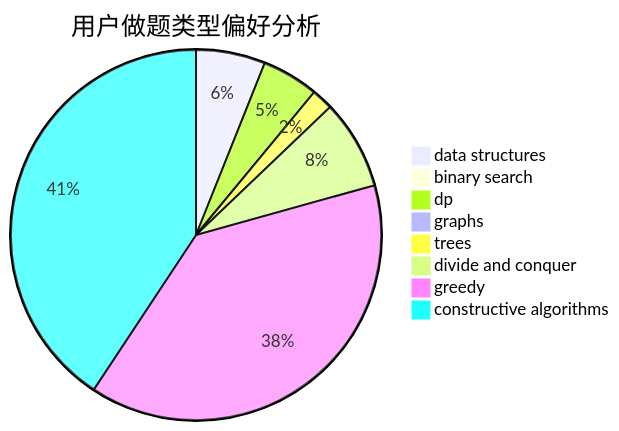
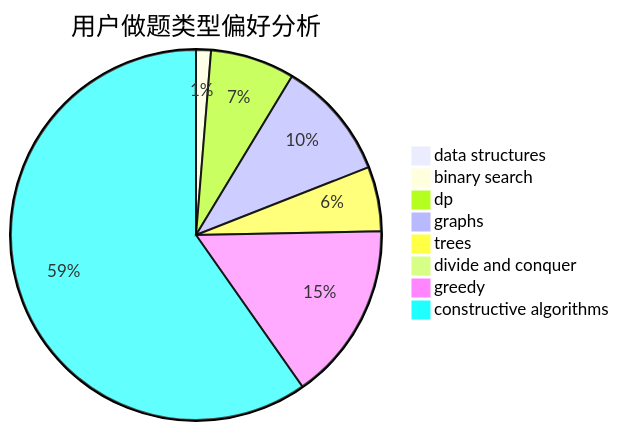
The second of 3 diagrams in docs/user/u751.md (sherpahu/cfrs.github.io), drawn with Mermaid before and after one commit. The commit also changed other lines of this file and 2770 other files, not shown here.

````diff
--- a/docs/user/u751.md
+++ b/docs/user/u751.md
@@ -23,11 +23,11 @@
 ```mermaid
 pie title 用户做题类型偏好分析
-    "data structures" :  55
-    "binary search" :  0
-    "dp" :  45
-    "graphs" :  3
-    "trees" :  17
-    "divide and conquer" :  71
-    "greedy" :  351
-    "constructive algorithms" :  370
+    "data structures" :  1
+    "binary search" :  3
+    "dp" :  17
+    "graphs" :  24
+    "trees" :  13
+    "divide and conquer" :  1
+    "greedy" :  36
+    "constructive algorithms" :  138
 ```
````
